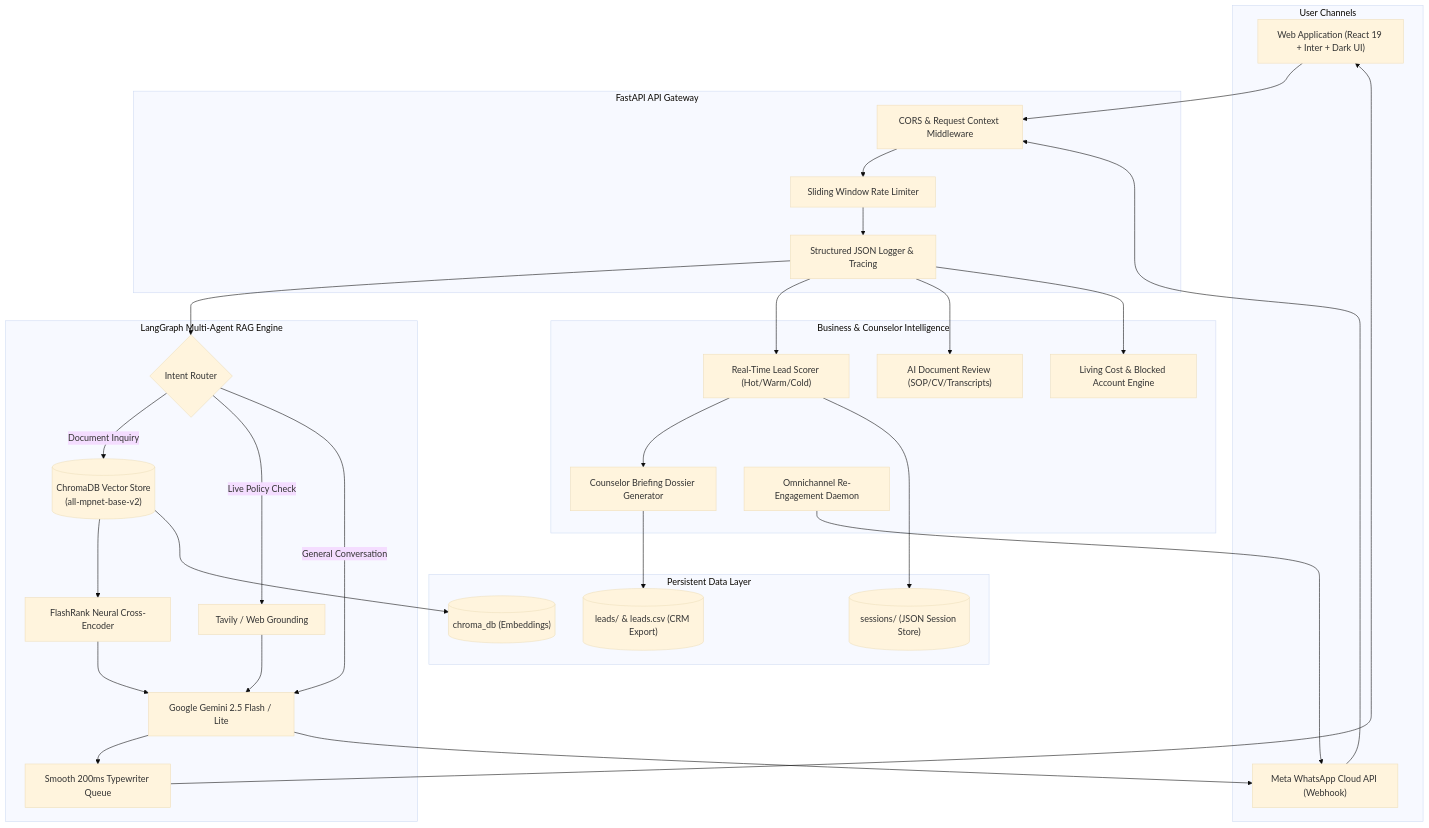
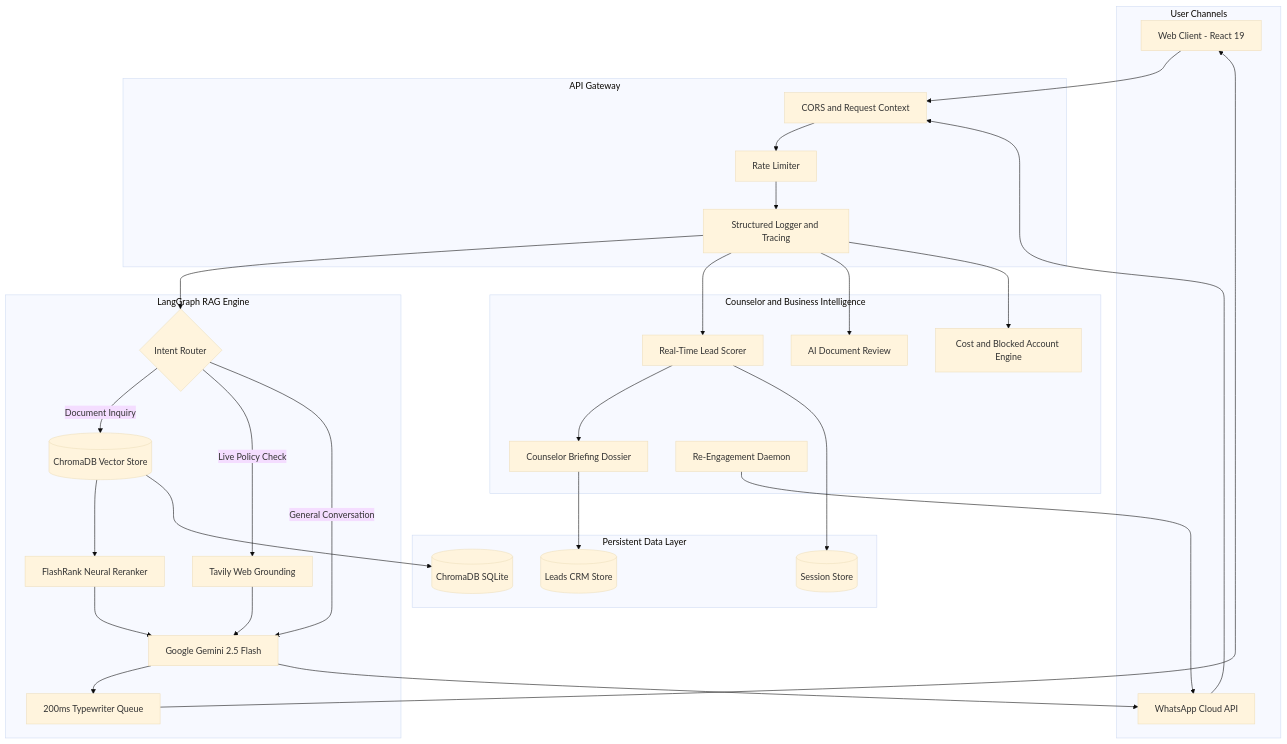
The diagram in README.md (himanshu-662/Margam-AI-Chatbot), drawn with Mermaid (base theme) before and after one commit. The commit also changed other lines of this file, not shown here.

Commit message:
docs: fix Mermaid syntax and markdown formatting for GitHub rich display

````diff
--- a/README.md
+++ b/README.md
@@ -21,59 +21,59 @@
 ```mermaid
 flowchart TD
-    subgraph Clients["User Channels"]
-        Web["Web Application (React 19 + Inter + Dark UI)"]
-        WhatsApp["Meta WhatsApp Cloud API (Webhook)"]
+    subgraph Clients [User Channels]
+        Web[Web Client - React 19]
+        WhatsApp[WhatsApp Cloud API]
     end
 
-    subgraph Gateway["FastAPI API Gateway"]
-        Auth["CORS & Request Context Middleware"]
-        RateLimit["Sliding Window Rate Limiter"]
-        Logger["Structured JSON Logger & Tracing"]
+    subgraph Gateway [API Gateway]
+        Auth[CORS and Request Context]
+        RateLimit[Rate Limiter]
+        Logger[Structured Logger and Tracing]
     end
 
-    subgraph Orchestrator["LangGraph Multi-Agent RAG Engine"]
-        Router{"Intent Router"}
-        ChromaStore[("ChromaDB Vector Store\n(all-mpnet-base-v2)")]
-        Reranker["FlashRank Neural Cross-Encoder"]
-        WebGrounding["Tavily / Web Grounding"]
-        GeminiLLM["Google Gemini 2.5 Flash / Lite"]
-        StreamBuffer["Smooth 200ms Typewriter Queue"]
+    subgraph Orchestrator [LangGraph RAG Engine]
+        Router{Intent Router}
+        ChromaStore[(ChromaDB Vector Store)]
+        Reranker[FlashRank Neural Reranker]
+        WebGrounding[Tavily Web Grounding]
+        GeminiLLM[Google Gemini 2.5 Flash]
+        StreamBuffer[200ms Typewriter Queue]
     end
 
-    subgraph BusinessLogic["Business & Counselor Intelligence"]
-        LeadScorer["Real-Time Lead Scorer (Hot/Warm/Cold)"]
-        DossierGen["Counselor Briefing Dossier Generator"]
-        NudgeEngine["Omnichannel Re-Engagement Daemon"]
-        DocReview["AI Document Review (SOP/CV/Transcripts)"]
-        CostCalc["Living Cost & Blocked Account Engine"]
+    subgraph BusinessLogic [Counselor and Business Intelligence]
+        LeadScorer[Real-Time Lead Scorer]
+        DossierGen[Counselor Briefing Dossier]
+        NudgeEngine[Re-Engagement Daemon]
+        DocReview[AI Document Review]
+        CostCalc[Cost and Blocked Account Engine]
     end
 
-    subgraph Storage["Persistent Data Layer"]
-        ChromaSQLite[("chroma_db (Embeddings)")]
-        SessionDB[("sessions/ (JSON Session Store)")]
-        LeadsDB[("leads/ & leads.csv (CRM Export)")]
+    subgraph Storage [Persistent Data Layer]
+        ChromaSQLite[(ChromaDB SQLite)]
+        SessionDB[(Session Store)]
+        LeadsDB[(Leads CRM Store)]
     end
 
     Web --> Auth
     WhatsApp --> Auth
     Auth --> RateLimit --> Logger
     Logger --> Router
 
     Router -->|Document Inquiry| ChromaStore
     ChromaStore --> Reranker
     Router -->|Live Policy Check| WebGrounding
     Reranker --> GeminiLLM
     WebGrounding --> GeminiLLM
     Router -->|General Conversation| GeminiLLM
 
     GeminiLLM --> StreamBuffer --> Web
     GeminiLLM --> WhatsApp
 
     Logger --> LeadScorer
     LeadScorer --> DossierGen --> LeadsDB
     Logger --> DocReview
     Logger --> CostCalc
     NudgeEngine --> WhatsApp
     LeadScorer --> SessionDB
     ChromaStore --> ChromaSQLite
 ```
````
